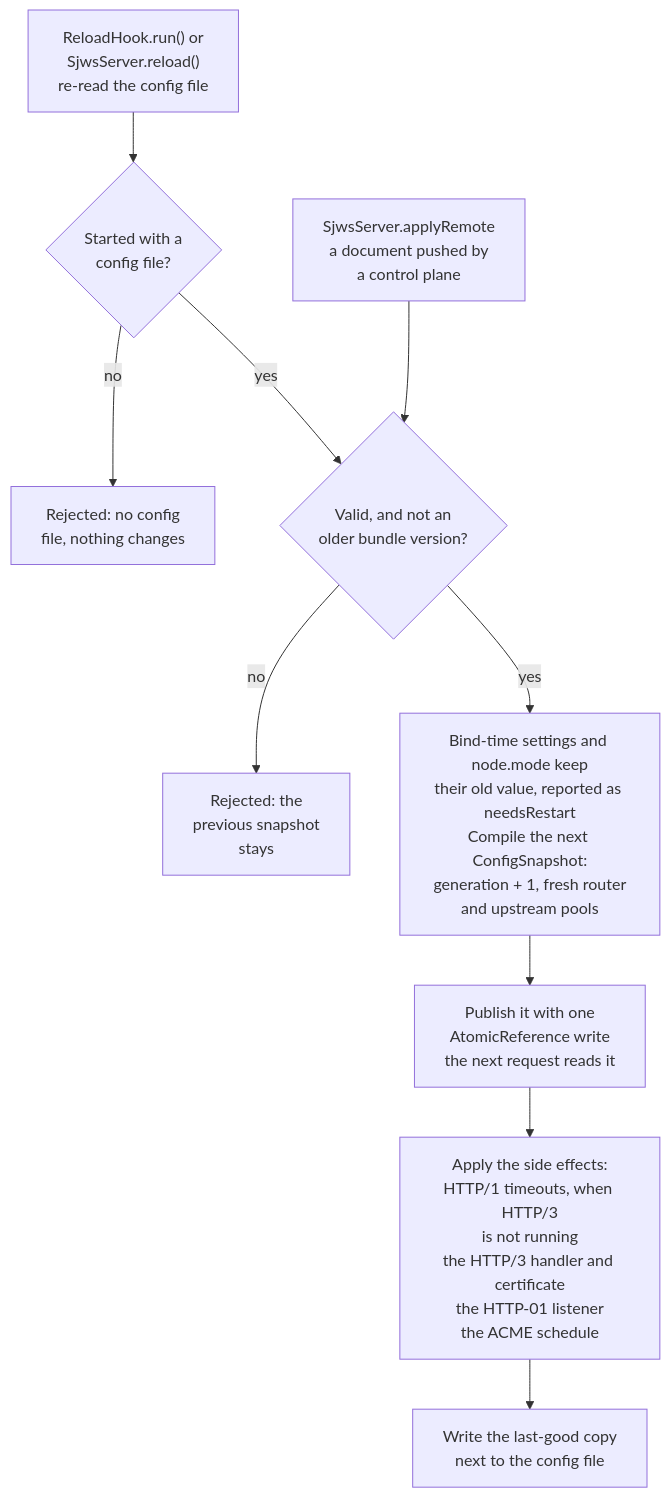
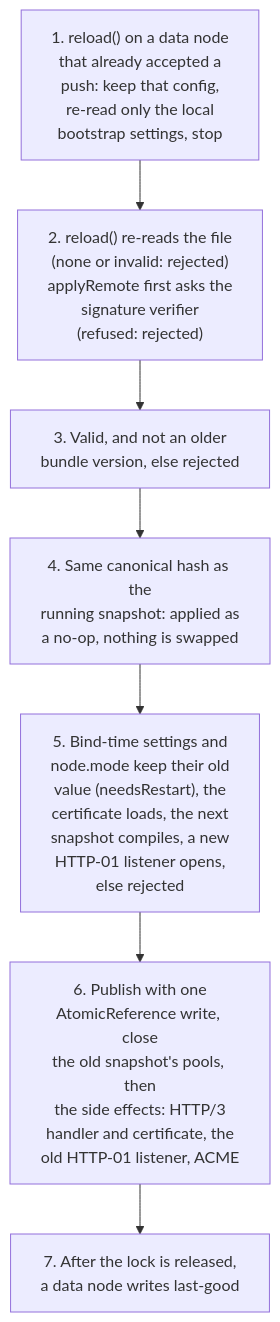
The second of 3 diagrams in docs/user/config-file.md (BlivionIaG/sjws_nettask), drawn with Mermaid before and after one commit. The commit also changed other lines of this file and 14 other files, not shown here.

````diff
--- a/docs/user/config-file.md
+++ b/docs/user/config-file.md
@@ -167,12 +172,10 @@
 ```mermaid
 flowchart TD
-    a["ReloadHook.run() or<br/>SjwsServer.reload()<br/>re-read the config file"] --> has{"Started with a<br/>config file?"}
-    has -->|no| rej0["Rejected: no config<br/>file, nothing changes"]
-    has -->|yes| val
-    b["SjwsServer.applyRemote<br/>a document pushed by<br/>a control plane"] --> val{"Valid, and not an<br/>older bundle version?"}
-    val -->|no| keep["Rejected: the<br/>previous snapshot<br/>stays"]
-    val -->|yes| cp["Bind-time settings and node.mode keep<br/>their old value, reported as needsRestart<br/>Compile the next ConfigSnapshot:<br/>generation + 1, fresh router<br/>and upstream pools"]
-    cp --> sw["Publish it with one<br/>AtomicReference write<br/>the next request reads it"]
-    sw --> se["Apply the side effects:<br/>HTTP/1 timeouts, when HTTP/3<br/>is not running<br/>the HTTP/3 handler and certificate<br/>the HTTP-01 listener<br/>the ACME schedule"]
-    se --> lg["Write the last-good copy<br/>next to the config file"]
+    s1["1. reload() on a data node<br/>that already accepted a<br/>push: keep that config,<br/>re-read only the local<br/>bootstrap settings, stop"]
+    s1 --> s2["2. reload() re-reads the file<br/>(none or invalid: rejected)<br/>applyRemote first asks the<br/>signature verifier<br/>(refused: rejected)"]
+    s2 --> s3["3. Valid, and not an older<br/>bundle version, else rejected"]
+    s3 --> s4["4. Same canonical hash as the<br/>running snapshot: applied as<br/>a no-op, nothing is swapped"]
+    s4 --> s5["5. Bind-time settings and<br/>node.mode keep their old<br/>value (needsRestart), the<br/>certificate loads, the next<br/>snapshot compiles, a new<br/>HTTP-01 listener opens,<br/>else rejected"]
+    s5 --> s6["6. Publish with one<br/>AtomicReference write, close<br/>the old snapshot's pools, then<br/>the side effects: HTTP/3<br/>handler and certificate, the<br/>old HTTP-01 listener, ACME"]
+    s6 --> s7["7. After the lock is released,<br/>a data node writes last-good"]
 ```
````
